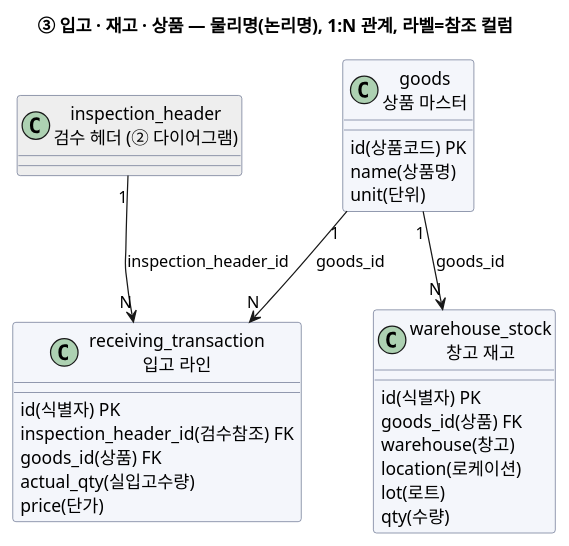
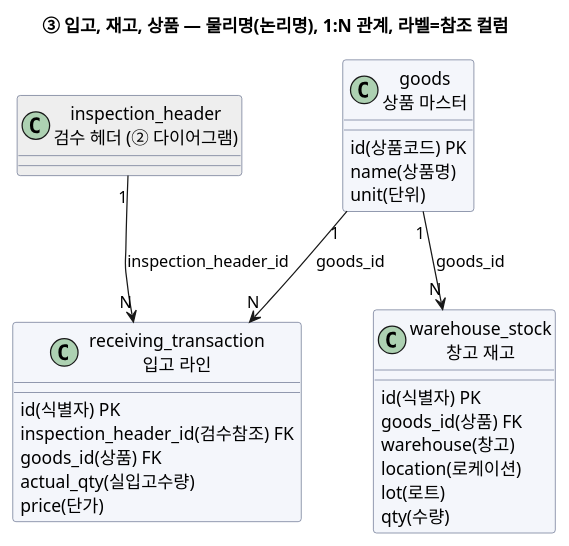
One commit to johnycho/johny-dev changed the ninth of 10 diagrams in blog/2026-09-12-scm-system-explained.mdx. Above: the diagram before and after it, drawn with PlantUML. The commit also changed other lines of this file and 188 other files, not shown here.

````diff
--- a/blog/2026-09-12-scm-system-explained.mdx
+++ b/blog/2026-09-12-scm-system-explained.mdx
@@ -466,35 +466,35 @@
 ```plantuml
 @startuml
 skinparam classAttributeIconSize 0
 skinparam class {
   BackgroundColor #F4F6FB
   BorderColor #556080
 }
-title ③ 입고 · 재고 · 상품 — 물리명(논리명), 1:N 관계, 라벨=참조 컬럼
+title ③ 입고, 재고, 상품 — 물리명(논리명), 1:N 관계, 라벨=참조 컬럼
 
 class "inspection_header\n검수 헤더 (② 다이어그램)" as insp #EEEEEE
 class "receiving_transaction\n입고 라인" as rcvi {
   id(식별자) PK
   inspection_header_id(검수참조) FK
   goods_id(상품) FK
   actual_qty(실입고수량)
   price(단가)
 }
 class "warehouse_stock\n창고 재고" as stk {
   id(식별자) PK
   goods_id(상품) FK
   warehouse(창고)
   location(로케이션)
   lot(로트)
   qty(수량)
 }
 class "goods\n상품 마스터" as goods {
   id(상품코드) PK
   name(상품명)
   unit(단위)
 }
 insp "1" --> "N" rcvi : inspection_header_id
 goods "1" --> "N" rcvi : goods_id
 goods "1" --> "N" stk : goods_id
 @enduml
 ```
````
